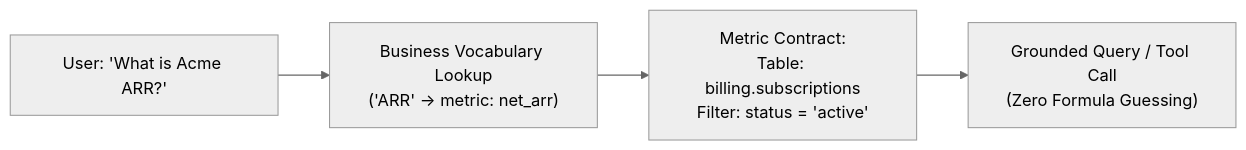
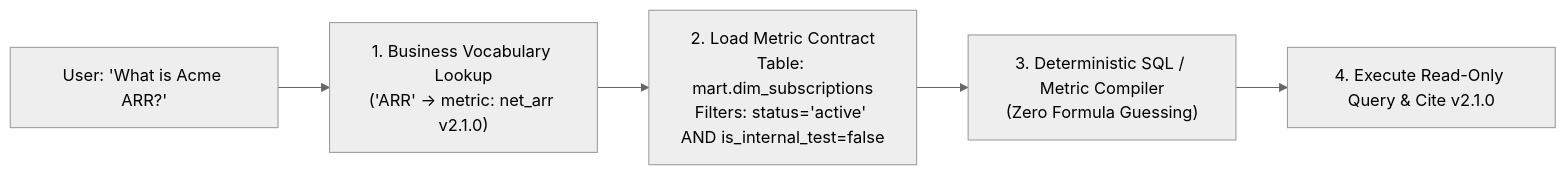
The first of 2 diagrams in Lecture 24 - Enterprise Data Discovery and Apache Ossie/notes/05_Business_Vocabularies_and_Semantic_Metrics.md (Amie-dev/FDE-and-GenAI-Mastery), drawn with Mermaid (neutral theme) before and after one commit. The commit also changed other lines of this file and 92 other files, not shown here.

````diff
--- a/Lecture 24 - Enterprise Data Discovery and Apache Ossie/notes/05_Business_Vocabularies_and_Semantic_Metrics.md
+++ b/Lecture 24 - Enterprise Data Discovery and Apache Ossie/notes/05_Business_Vocabularies_and_Semantic_Metrics.md
@@ -37,6 +73,7 @@
 ```mermaid
 flowchart LR
-    Q["User: 'What is Acme ARR?'"] --> Vocab["Business Vocabulary Lookup<br/>('ARR' -> metric: net_arr)"]
-    Vocab --> Def["Metric Contract:<br/>Table: billing.subscriptions<br/>Filter: status = 'active'"]
-    Def --> Query["Grounded Query / Tool Call<br/>(Zero Formula Guessing)"]
+    Q["User: 'What is Acme ARR?'"] --> Vocab["1. Business Vocabulary Lookup<br/>('ARR' -> metric: net_arr v2.1.0)"]
+    Vocab --> Def["2. Load Metric Contract<br/>Table: mart.dim_subscriptions<br/>Filters: status='active' AND is_internal_test=false"]
+    Def --> Compile["3. Deterministic SQL / Metric Compiler<br/>(Zero Formula Guessing)"]
+    Compile --> Exec["4. Execute Read-Only Query & Cite v2.1.0"]
 ```
````
